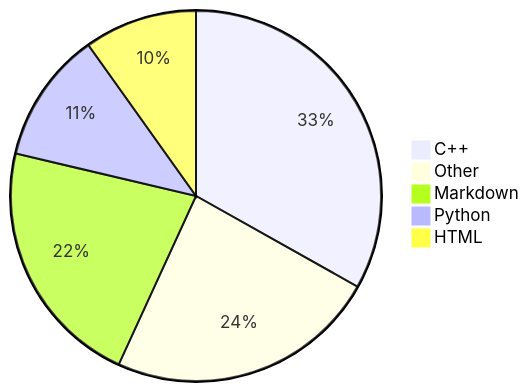
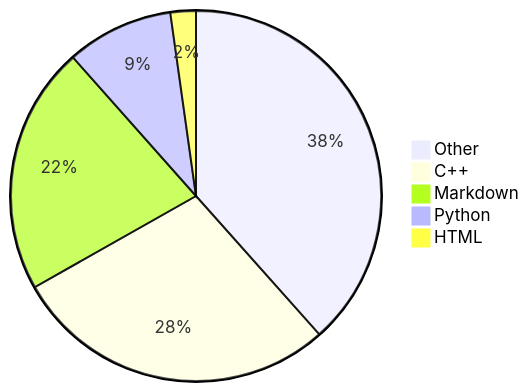
Before and after one commit to Alicia111/alicia111: the diagram in README.md, drawn with Mermaid.

Commit message:
Update WakaTime stats (・ω・)b

````diff
--- a/README.md
+++ b/README.md
@@ -32,8 +32,8 @@
 ```mermaid
 pie
-    "C++" : 31.13
-    "Other" : 22.27
-    "Markdown" : 20.52
-    "Python" : 10.76
-    "HTML" : 9.26
+    "Other" : 36.34
+    "C++" : 26.86
+    "Markdown" : 20.46
+    "Python" : 8.83
+    "HTML" : 2.1
 ```
````
